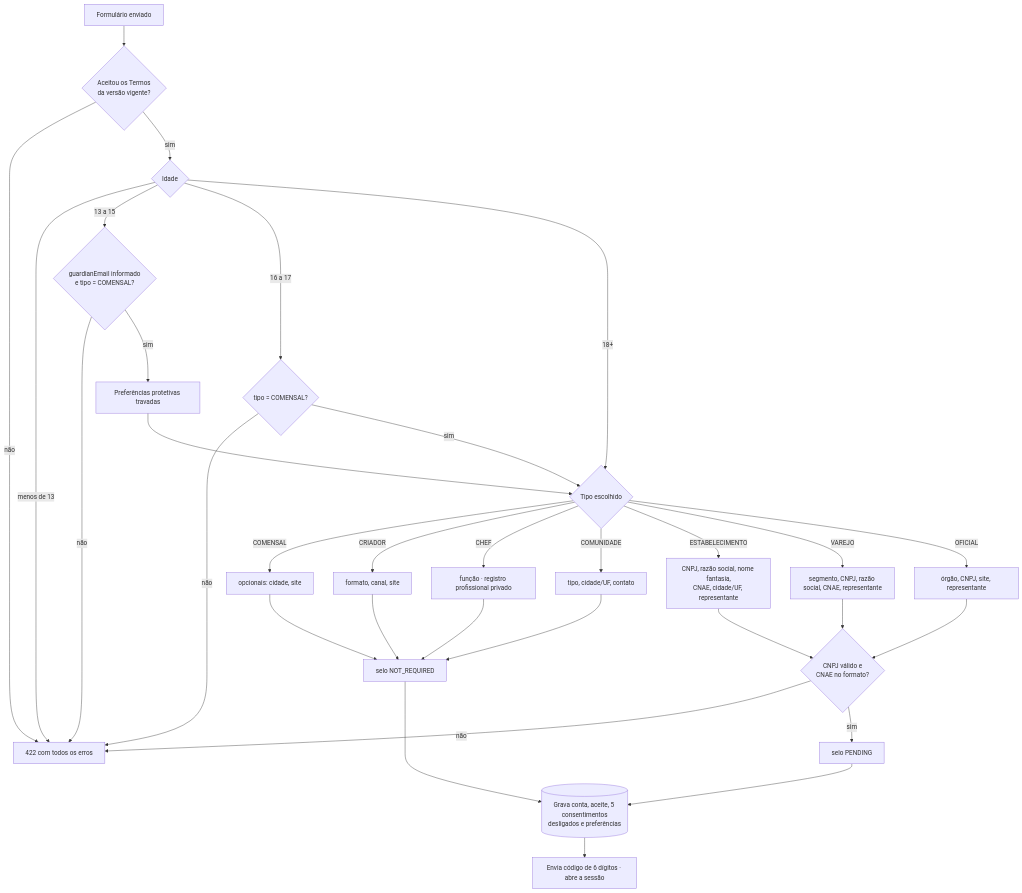
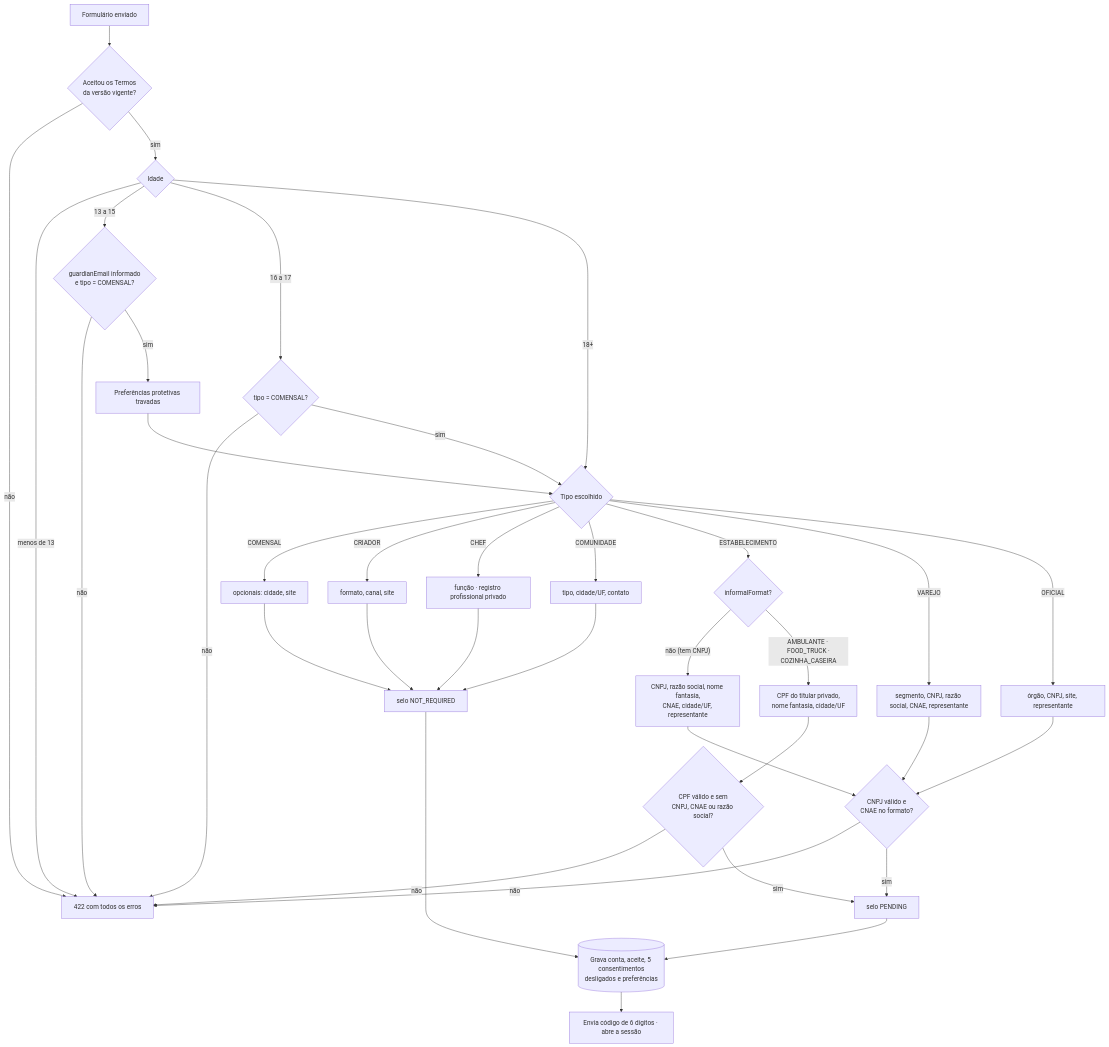
Before and after one commit to MatheusHaliski/Friendly-Eats: the diagram in docs/RF1/atividades.md, drawn with Mermaid. The commit also changed 11 other files, not shown here.

First line of the commit message:
Cadastro de estabelecimento só com CPF para ambulante, food truck e cozinha caseira

````diff
--- a/docs/RF1/atividades.md
+++ b/docs/RF1/atividades.md
@@ -3,28 +3,33 @@
 ```mermaid
 flowchart TD
     A[Formulário enviado] --> T{Aceitou os Termos<br/>da versão vigente?}
     T -- não --> E[422 com todos os erros]
     T -- sim --> I{Idade}
     I -- "menos de 13" --> E
     I -- "13 a 15" --> G{guardianEmail informado<br/>e tipo = COMENSAL?}
     G -- não --> E
     G -- sim --> P[Preferências protetivas travadas]
     I -- "16 a 17" --> C{tipo = COMENSAL?}
     C -- não --> E
     C -- sim --> K
     I -- "18+" --> K
     P --> K{Tipo escolhido}
     K -- COMENSAL --> K1[opcionais: cidade, site]
     K -- CRIADOR --> K2[formato, canal, site]
     K -- CHEF --> K3[função · registro profissional privado]
     K -- COMUNIDADE --> K4[tipo, cidade/UF, contato]
-    K -- ESTABELECIMENTO --> K5[CNPJ, razão social, nome fantasia,<br/>CNAE, cidade/UF, representante]
+    K -- ESTABELECIMENTO --> IF{informalFormat?}
+    IF -- "não (tem CNPJ)" --> K5[CNPJ, razão social, nome fantasia,<br/>CNAE, cidade/UF, representante]
+    IF -- "AMBULANTE · FOOD_TRUCK ·<br/>COZINHA_CASEIRA" --> K8[CPF do titular privado,<br/>nome fantasia, cidade/UF]
+    K8 --> CPF{CPF válido e sem<br/>CNPJ, CNAE ou razão social?}
+    CPF -- não --> E
+    CPF -- sim --> S2
     K -- VAREJO --> K6[segmento, CNPJ, razão social, CNAE, representante]
     K -- OFICIAL --> K7[órgão, CNPJ, site, representante]
     K1 & K2 & K3 & K4 --> S1[selo NOT_REQUIRED]
     K5 & K6 & K7 --> V{CNPJ válido e<br/>CNAE no formato?}
     V -- não --> E
     V -- sim --> S2[selo PENDING]
     S1 & S2 --> OK[(Grava conta, aceite, 5 consentimentos<br/>desligados e preferências)]
     OK --> COD[Envia código de 6 dígitos · abre a sessão]
 ```
````
